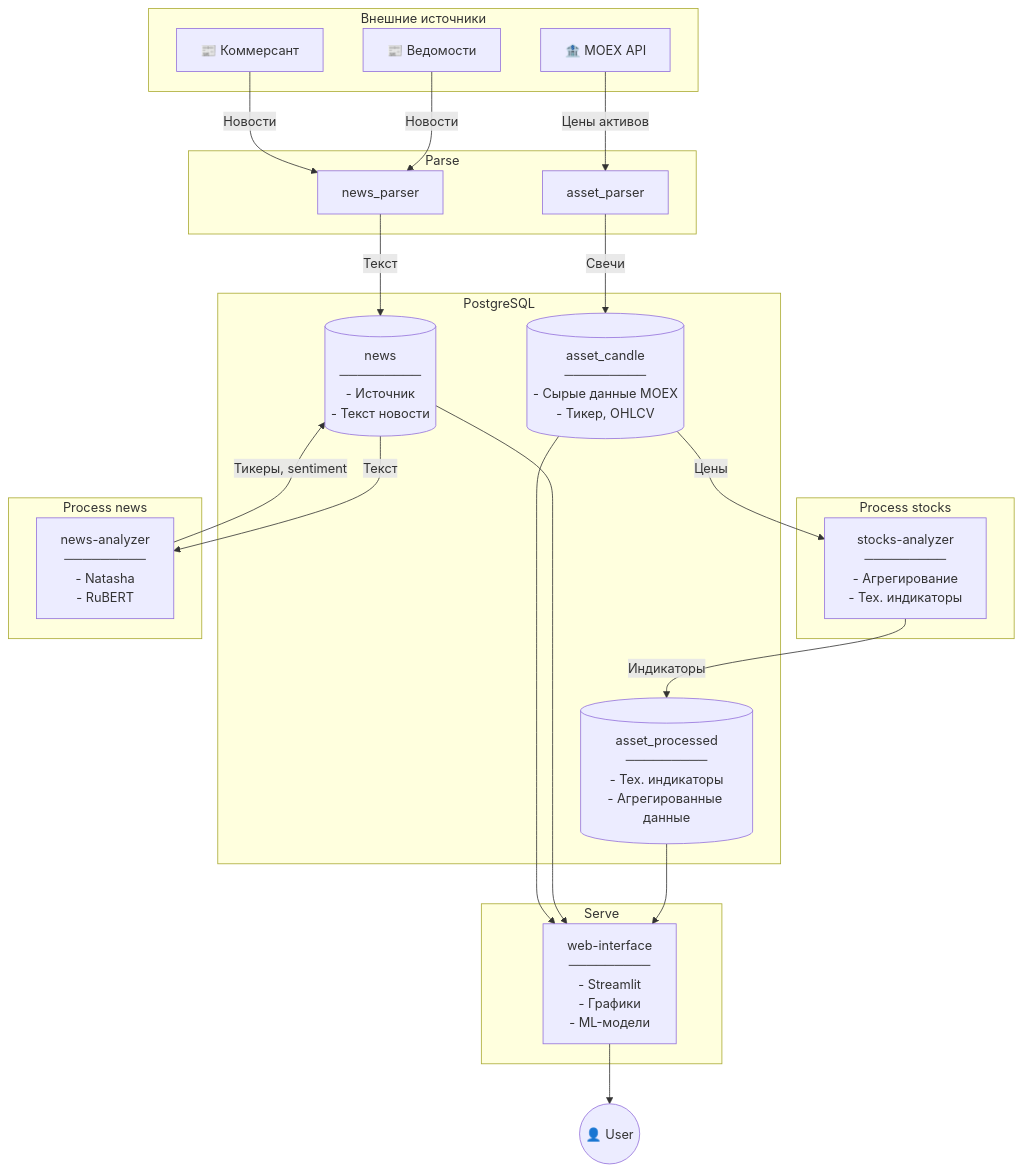
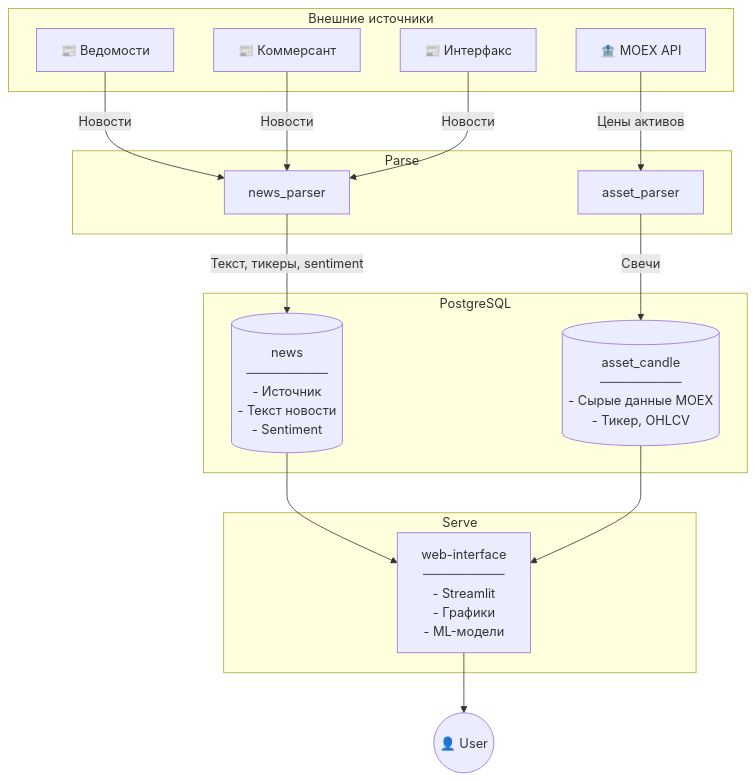
One commit to 3m1d/stocks-advisor changed the diagram in app/README.md. Above: the diagram before and after it, drawn with Mermaid. The commit also changed other lines of this file, not shown here.

Commit message:
Simplify logic in README

````diff
--- a/app/README.md
+++ b/app/README.md
@@ -9,51 +9,38 @@
 ```mermaid
 flowchart TB
     subgraph External["Внешние источники"]
         MOEX["🏦 MOEX API"]
         VED["📰 Ведомости"]
         KOM["📰 Коммерсант"]
+        INT["📰 Интерфакс"]
     end
 
     subgraph Parse["Parse"]
         MP["asset_parser"]
         NP["news_parser"]
     end
 
     subgraph DB["PostgreSQL"]
         AR[("asset_candle<br>─────────<br>- Сырые данные MOEX<br>- Тикер, OHLCV")]
-        AP[("asset_processed<br>─────────<br>- Тех. индикаторы<br>- Агрегированные данные")]
-        NW[("news<br>─────────<br>- Источник<br>- Текст новости")]
-    end
-
-    subgraph ProcessStocks["Process stocks"]
-        SA["stocks-analyzer<br>─────────<br>- Агрегирование<br>- Тех. индикаторы"]
-    end
-    subgraph ProcessNews["Process news"]
-        NA["news-analyzer<br>─────────<br>- Natasha<br>- RuBERT"]
+        NW[("news<br>─────────<br>- Источник<br>- Текст новости<br>- Sentiment")]
     end
 
     subgraph Serve["Serve"]
         WEB["web-interface<br>─────────<br>- Streamlit<br>- Графики<br>- ML-модели"]
     end
 
     USER(("👤 User"))
 
     MOEX -->|Цены активов| MP
     VED -->|Новости| NP
     KOM -->|Новости| NP
+    INT -->|Новости| NP
 
     MP -->|Свечи| AR
-    NP -->|Текст| NW
+    NP -->|Текст, тикеры, sentiment| NW
 
-    AR -->|Цены| SA
-    SA -->|Индикаторы| AP
-
-    NW -->|Текст| NA
-    NA -->|Тикеры, sentiment| NW
-
-    AP --> WEB
     NW --> WEB
     AR --> WEB
 
     WEB --> USER
 ```
````
